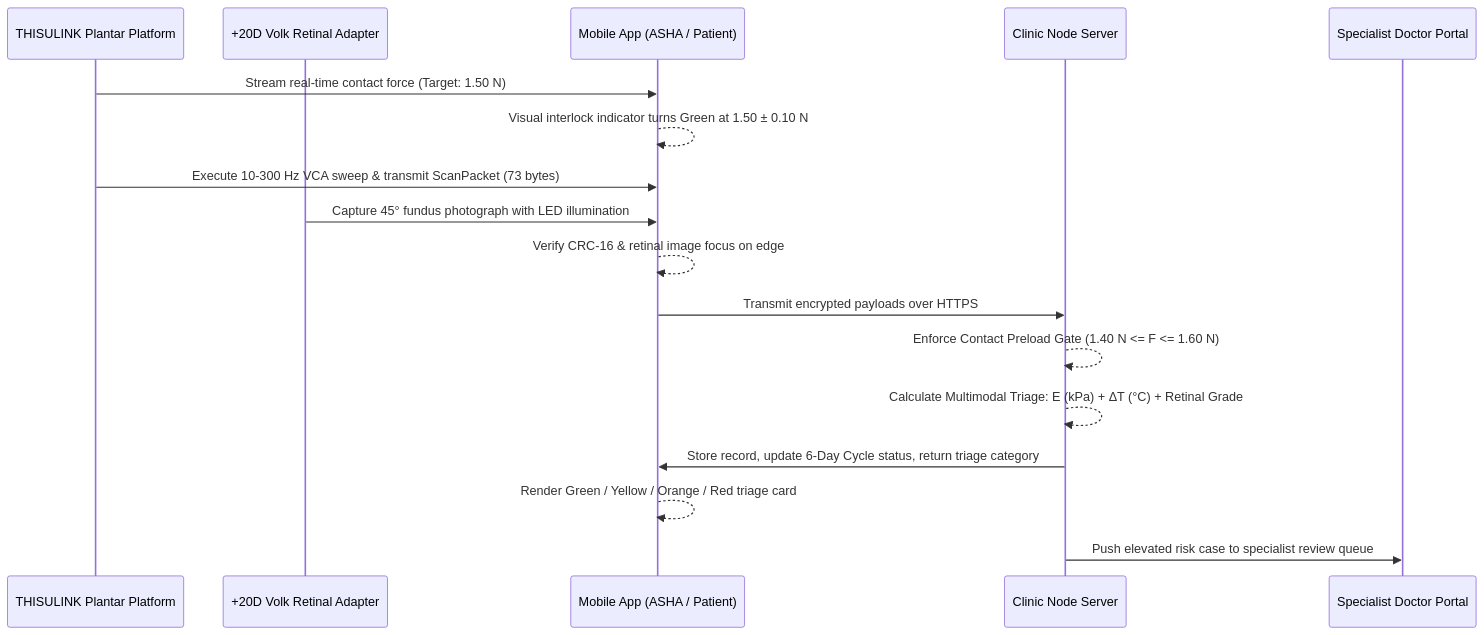
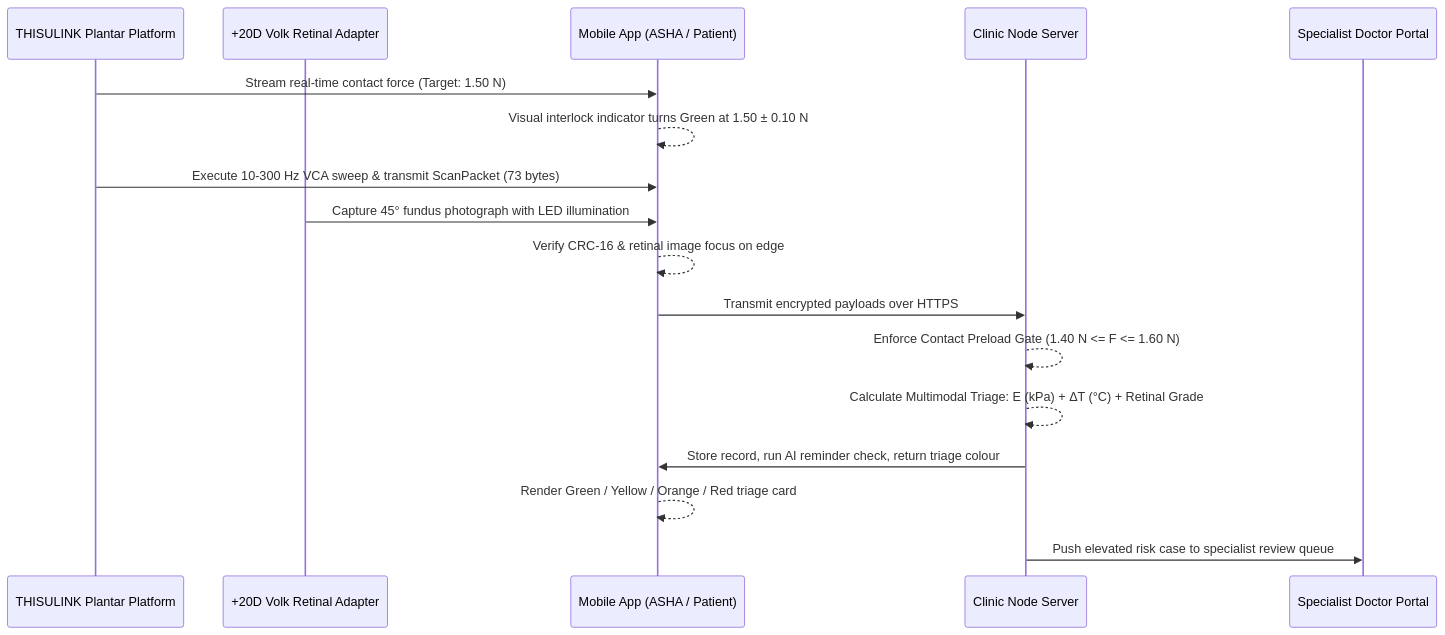
The second of 4 diagrams in software/README.md (thisulink/thisulink), drawn with Mermaid before and after one commit. The commit also changed other lines of this file and 1 other file, not shown here.

Commit message:
docs: remove 6-day cycle — replace with daily AI reminder system and India community health worker ecosystem (ASHA/VHN/ANM/CHO/MO)

````diff
--- a/software/README.md
+++ b/software/README.md
@@ -116,20 +120,20 @@
 ```mermaid
 sequenceDiagram
     participant P as THISULINK Plantar Platform
     participant R as +20D Volk Retinal Adapter
     participant A as Mobile App (ASHA / Patient)
     participant S as Clinic Node Server
     participant D as Specialist Doctor Portal
 
     P->>A: Stream real-time contact force (Target: 1.50 N)
     A-->>A: Visual interlock indicator turns Green at 1.50 ± 0.10 N
     P->>A: Execute 10-300 Hz VCA sweep & transmit ScanPacket (73 bytes)
     R->>A: Capture 45° fundus photograph with LED illumination
     A-->>A: Verify CRC-16 & retinal image focus on edge
     A->>S: Transmit encrypted payloads over HTTPS
     S-->>S: Enforce Contact Preload Gate (1.40 N <= F <= 1.60 N)
     S-->>S: Calculate Multimodal Triage: E (kPa) + ΔT (°C) + Retinal Grade
-    S->>A: Store record, update 6-Day Cycle status, return triage category
+    S->>A: Store record, run AI reminder check, return triage colour
     A-->>A: Render Green / Yellow / Orange / Red triage card
     S->>D: Push elevated risk case to specialist review queue
 ```
````
